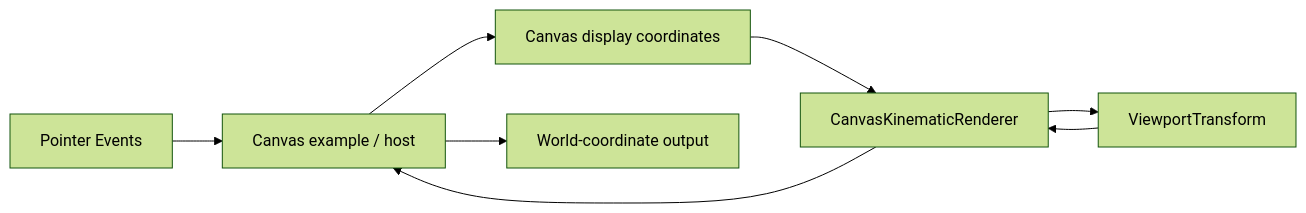
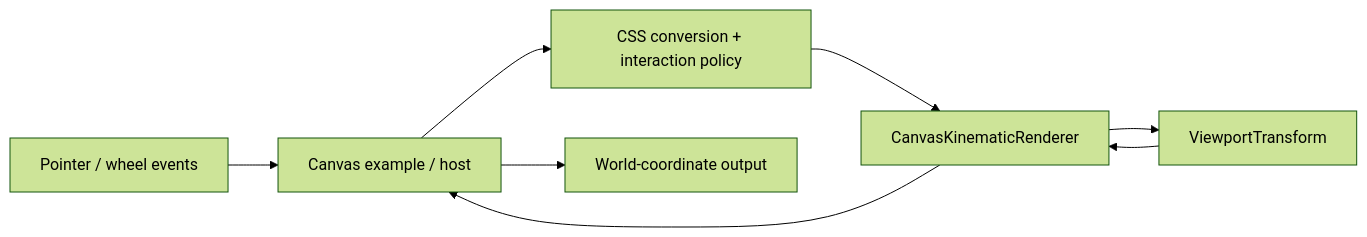
Before and after one commit to fa-ribeiro/vLab2D: diagram 13 of 18 in docs/architecture/README.md, drawn with Mermaid (forest theme). The commit also changed other lines of this file and 11 other files, not shown here.

````diff
--- a/docs/architecture/README.md
+++ b/docs/architecture/README.md
@@ -591,12 +593,12 @@
 ```mermaid
 flowchart LR
-    POINTER["Pointer Events"]
+    INPUT["Pointer / wheel events"]
     HOST["Canvas example / host"]
-    DISPLAY["Canvas display coordinates"]
+    POLICY["CSS conversion + interaction policy"]
     RENDERER["CanvasKinematicRenderer"]
     TRANSFORM["ViewportTransform"]
     OUTPUT["World-coordinate output"]
 
-    POINTER --> HOST --> DISPLAY --> RENDERER --> TRANSFORM
+    INPUT --> HOST --> POLICY --> RENDERER --> TRANSFORM
     TRANSFORM --> RENDERER --> HOST --> OUTPUT
 ```
````
